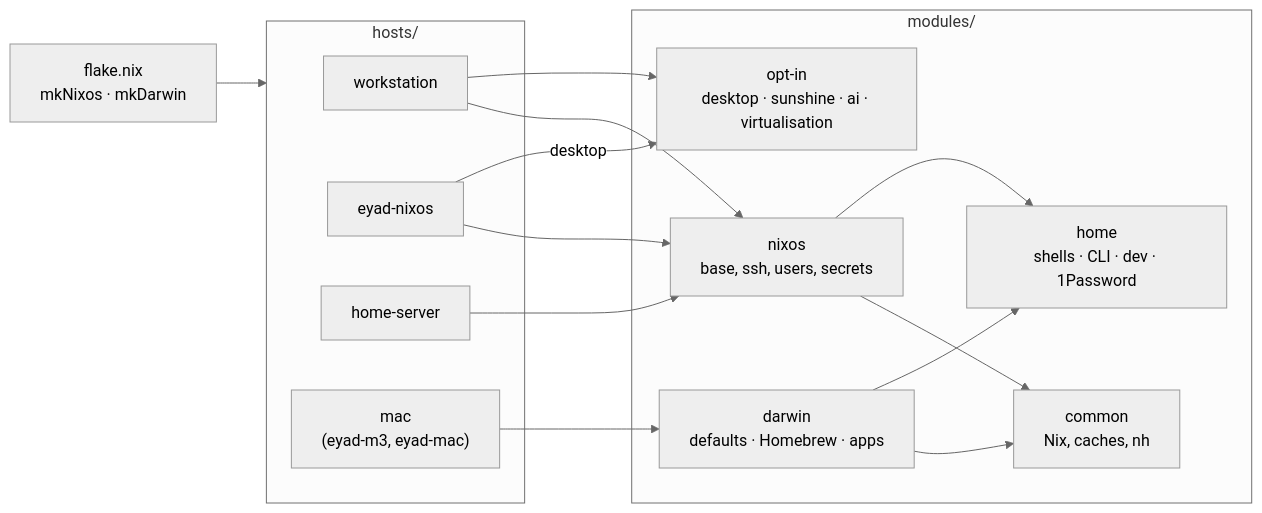
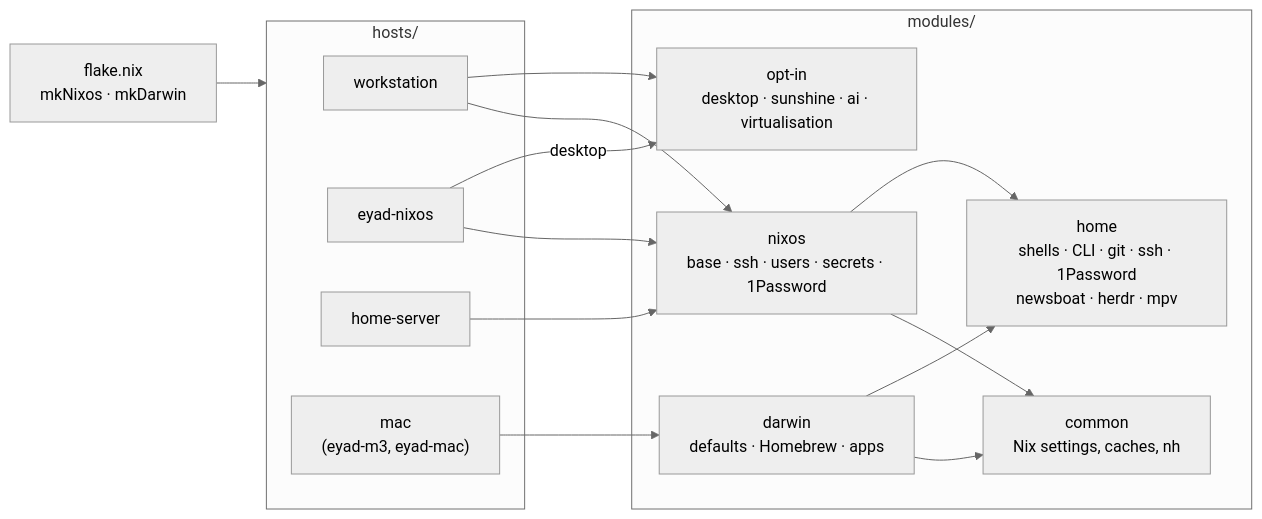
One commit to eyadsibai/dotfiles changed the diagram in README.md. Above: the diagram before and after it, drawn with Mermaid (neutral theme). The commit also changed other lines of this file, not shown here.

````diff
--- a/README.md
+++ b/README.md
@@ -50,27 +45,27 @@
 ```mermaid
 flowchart LR
   flake["flake.nix<br/>mkNixos · mkDarwin"]
 
   subgraph hosts["hosts/"]
     ws[workstation]
     lap[eyad-nixos]
     srv[home-server]
     mac["mac<br/>(eyad-m3, eyad-mac)"]
   end
 
   subgraph modules["modules/"]
-    common["common<br/>Nix, caches, nh"]
-    nixos["nixos<br/>base, ssh, users, secrets"]
+    common["common<br/>Nix settings, caches, nh"]
+    nixos["nixos<br/>base · ssh · users · secrets · 1Password"]
     optin["opt-in<br/>desktop · sunshine · ai · virtualisation"]
     darwin["darwin<br/>defaults · Homebrew · apps"]
-    home["home<br/>shells · CLI · dev · 1Password"]
+    home["home<br/>shells · CLI · git · ssh · 1Password<br/>newsboat · herdr · mpv"]
   end
 
   flake --> hosts
   ws & lap & srv --> nixos
   ws --> optin
   lap -->|desktop| optin
   mac --> darwin
   nixos & darwin --> common
   nixos & darwin --> home
 ```
````
